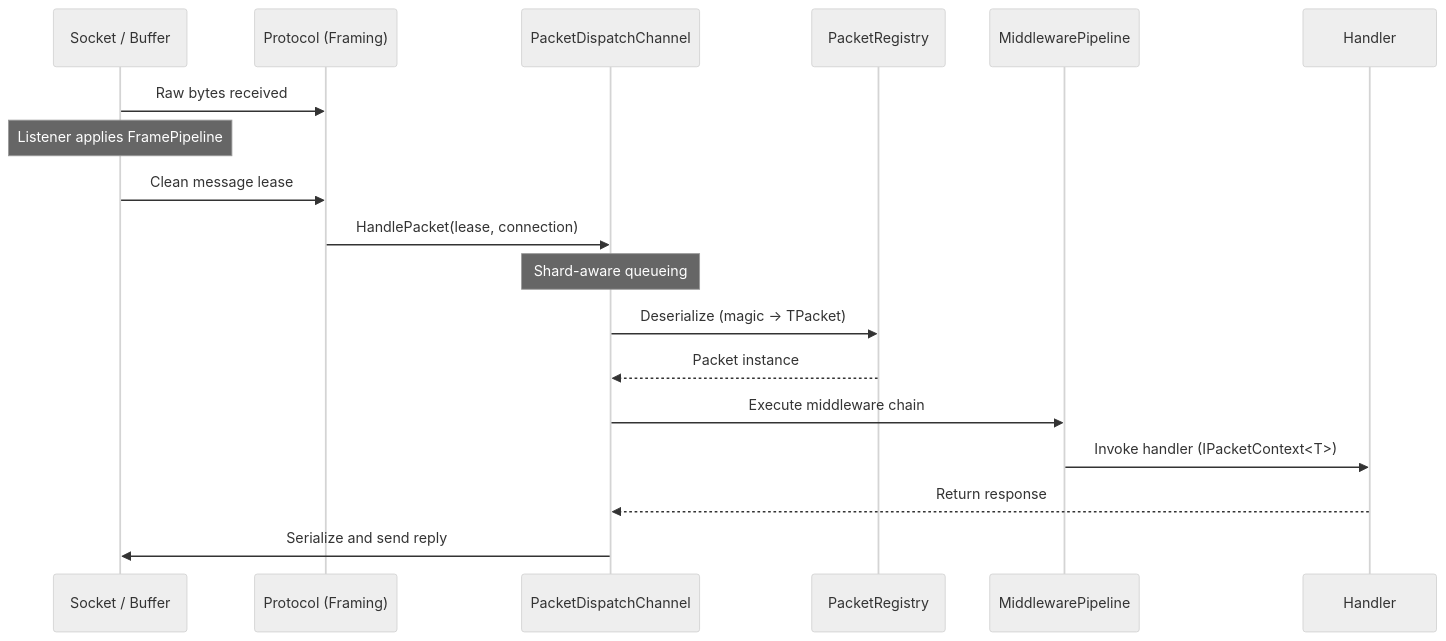
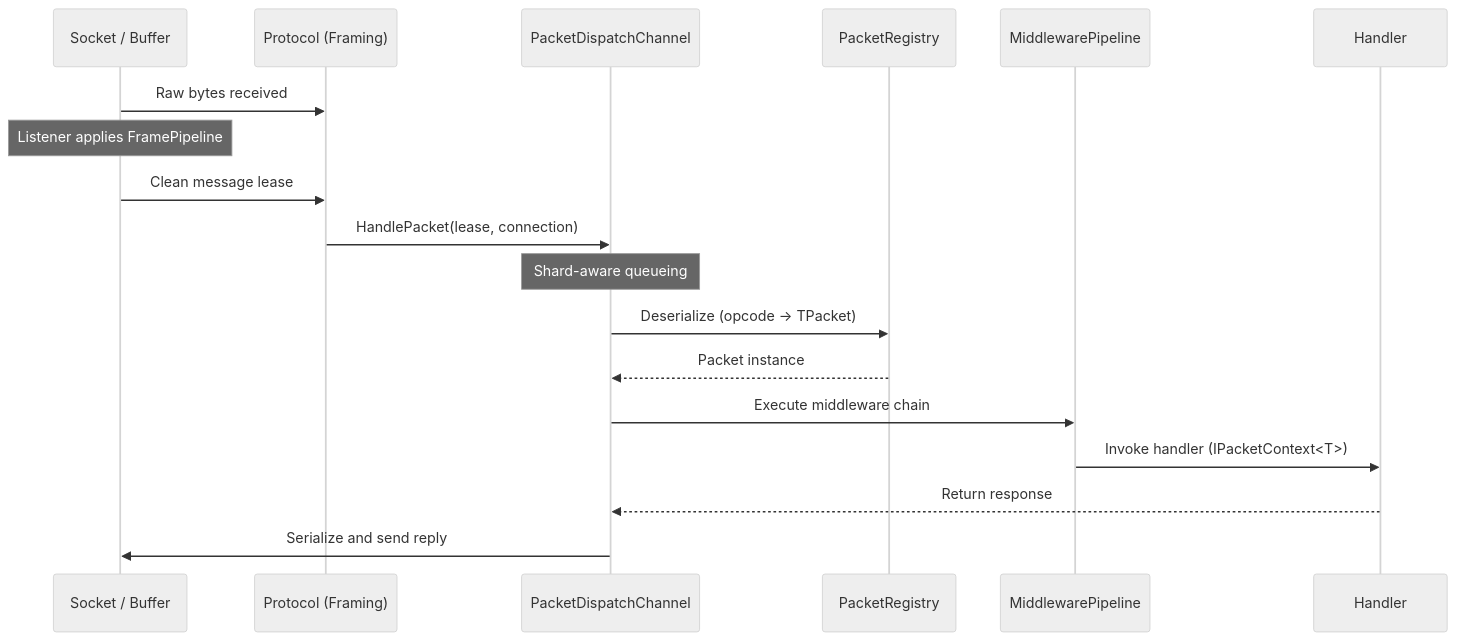
The third of 3 diagrams in docs/concepts/fundamentals/architecture.md (ppn-systems/Nalix), drawn with Mermaid (neutral theme) before and after one commit. The commit also changed 524 other files, not shown here.

````diff
--- a/docs/concepts/fundamentals/architecture.md
+++ b/docs/concepts/fundamentals/architecture.md
@@ -96,21 +96,21 @@
 ```mermaid
 sequenceDiagram
     participant Net as Socket / Buffer
     participant Prot as Protocol (Framing)
     participant Disp as PacketDispatchChannel
     participant Reg as PacketRegistry
     participant PktMw as MiddlewarePipeline
     participant Hand as Handler
 
     Net->>Prot: Raw bytes received
     Note over Net: Listener applies FramePipeline
     Net->>Prot: Clean message lease
     Prot->>Disp: HandlePacket(lease, connection)
     Note over Disp: Shard-aware queueing
-    Disp->>Reg: Deserialize (magic → TPacket)
+    Disp->>Reg: Deserialize (opcode → TPacket)
     Reg-->>Disp: Packet instance
     Disp->>PktMw: Execute middleware chain
     PktMw->>Hand: Invoke handler (IPacketContext<T>)
     Hand-->>Disp: Return response
     Disp->>Net: Serialize and send reply
 ```
````
